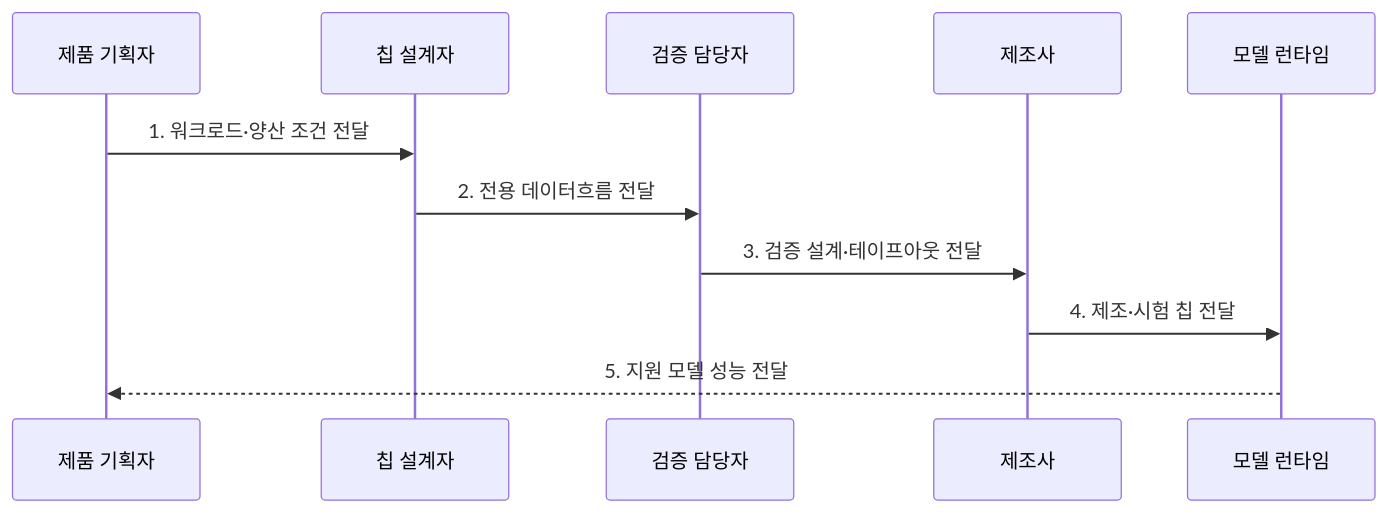
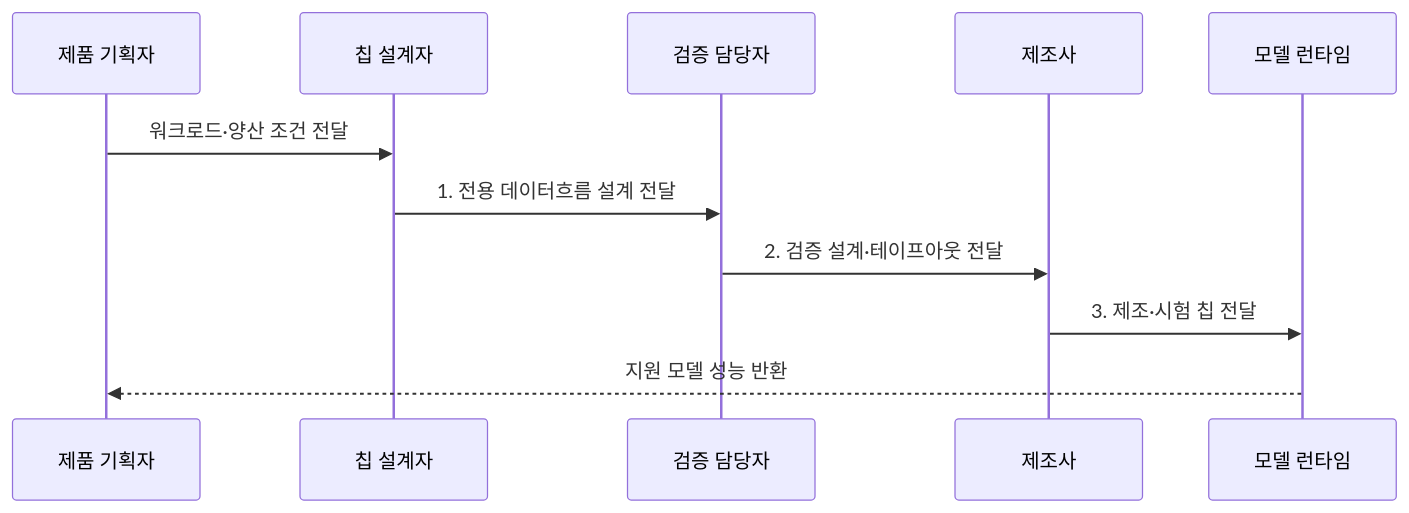
One commit to agnusdei1207/knowledge-base changed the second of 2 diagrams in src/content/docs/notes/08-latest-tech/144_asic_ai_acceleration.md. Above: the diagram before and after it, drawn with Mermaid. The commit also changed other lines of this file and 225 other files, not shown here.

````diff
--- a/src/content/docs/notes/08-latest-tech/144_asic_ai_acceleration.md
+++ b/src/content/docs/notes/08-latest-tech/144_asic_ai_acceleration.md
@@ -78,13 +78,13 @@
 ```mermaid
 sequenceDiagram
     participant W as 제품 기획자
     participant D as 칩 설계자
     participant V as 검증 담당자
     participant F as 제조사
     participant R as 모델 런타임
-    W->>D: 1. 워크로드·양산 조건 전달
-    D->>V: 2. 전용 데이터흐름 전달
-    V->>F: 3. 검증 설계·테이프아웃 전달
-    F->>R: 4. 제조·시험 칩 전달
-    R-->>W: 5. 지원 모델 성능 전달
+    W->>D: 워크로드·양산 조건 전달
+    D->>V: 1. 전용 데이터흐름 설계 전달
+    V->>F: 2. 검증 설계·테이프아웃 전달
+    F->>R: 3. 제조·시험 칩 전달
+    R-->>W: 지원 모델 성능 반환
 ```
````
